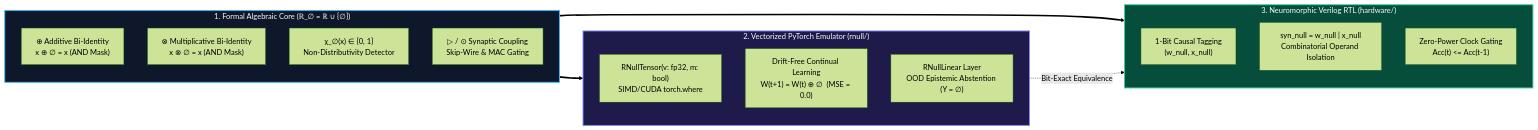
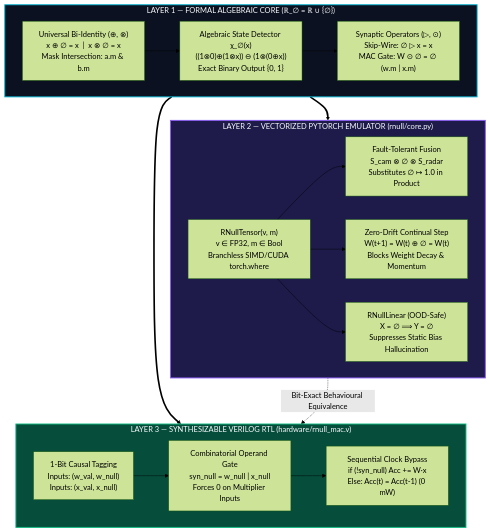
The first of 2 diagrams in README.md (GuettHM/rnull-framework), drawn with Mermaid (forest theme) before and after one commit. The commit also changed other lines of this file, not shown here.

````diff
--- a/README.md
+++ b/README.md
@@ -46,32 +62,35 @@
 ```mermaid
-flowchart LR
-    subgraph ALG["1. Formal Algebraic Core (ℝ_∅ = ℝ ∪ {∅})"]
-        direction TB
-        A1["⊕ Additive Bi-Identity<br/>x ⊕ ∅ = x  (AND Mask)"]
-        A2["⊗ Multiplicative Bi-Identity<br/>x ⊗ ∅ = x  (AND Mask)"]
-        A3["χ_∅(x) ∈ {0, 1}<br/>Non-Distributivity Detector"]
-        A4["▷ / ⊙ Synaptic Coupling<br/>Skip-Wire & MAC Gating"]
+flowchart TB
+    subgraph L1["LAYER 1 — FORMAL ALGEBRAIC CORE (ℝ_∅ = ℝ ∪ {∅})"]
+        direction LR
+        A1["Universal Bi-Identity (⊕, ⊗)<br/>x ⊕ ∅ = x  |  x ⊗ ∅ = x<br/>Mask Intersection: a.m & b.m"]
+        A2["Algebraic State Detector χ_∅(x)<br/>((1⊗0)⊕(1⊗x)) ⊖ (1⊗(0⊕x))<br/>Exact Binary Output {0, 1}"]
+        A3["Synaptic Operators (▷, ⊙)<br/>Skip-Wire: ∅ ▷ x = x<br/>MAC Gate: W ⊙ ∅ = ∅ (w.m | x.m)"]
+        A1 --> A2 --> A3
     end
 
-    subgraph SW["2. Vectorized PyTorch Emulator (rnull/)"]
-        direction TB
-        S1["RNullTensor(v: fp32, m: bool)<br/>SIMD/CUDA torch.where"]
-        S2["Drift-Free Continual Learning<br/>W(t+1) = W(t) ⊕ ∅  (MSE = 0.0)"]
-        S3["RNullLinear Layer<br/>OOD Epistemic Abstention (Y = ∅)"]
+    subgraph L2["LAYER 2 — VECTORIZED PYTORCH EMULATOR (rnull/core.py)"]
+        direction LR
+        P1["RNullTensor(v, m)<br/>v ∈ FP32, m ∈ Bool<br/>Branchless SIMD/CUDA torch.where"]
+        P2["Fault-Tolerant Fusion<br/>S_cam ⊗ ∅ ⊗ S_radar<br/>Substitutes ∅ ↦ 1.0 in Product"]
+        P3["Zero-Drift Continual Step<br/>W(t+1) = W(t) ⊕ ∅ = W(t)<br/>Blocks Weight Decay & Momentum"]
+        P4["RNullLinear (OOD-Safe)<br/>X = ∅ ⟹ Y = ∅<br/>Suppresses Static Bias Hallucination"]
+        P1 --> P2 & P3 & P4
     end
 
-    subgraph HW["3. Neuromorphic Verilog RTL (hardware/)"]
-        direction TB
-        H1["1-Bit Causal Tagging<br/>(w_null, x_null)"]
-        H2["syn_null = w_null | x_null<br/>Combinatorial Operand Isolation"]
-        H3["Zero-Power Clock Gating<br/>Acc(t) <= Acc(t-1)"]
+    subgraph L3["LAYER 3 — SYNTHESIZABLE VERILOG RTL (hardware/rnull_mac.v)"]
+        direction LR
+        H1["1-Bit Causal Tagging<br/>Inputs: (w_val, w_null)<br/>Inputs: (x_val, x_null)"]
+        H2["Combinatorial Operand Gate<br/>syn_null = w_null | x_null<br/>Forces 0 on Multiplier Inputs"]
+        H3["Sequential Clock Bypass<br/>if (!syn_null) Acc += W·x<br/>Else: Acc(t) = Acc(t-1) (0 mW)"]
+        H1 --> H2 --> H3
     end
 
-    ALG ==> SW
-    ALG ==> HW
-    SW -. "Bit-Exact Equivalence" .-> HW
+    L1 ==> L2
+    L1 ==> L3
+    L2 -. "Bit-Exact Behavioural Equivalence" .-> L3
 
-    style ALG fill:#0f172a,stroke:#38bdf8,stroke-width:2px,color:#f8fafc
-    style SW fill:#1e1b4b,stroke:#818cf8,stroke-width:2px,color:#f8fafc
-    style HW fill:#064e3b,stroke:#34d399,stroke-width:2px,color:#f8fafc
+    style L1 fill:#0B1120,stroke:#06B6D4,stroke-width:2px,color:#F8FAFC
+    style L2 fill:#1E1B4B,stroke:#8B5CF6,stroke-width:2px,color:#F8FAFC
+    style L3 fill:#064E3B,stroke:#10B981,stroke-width:2px,color:#F8FAFC
 ```
````
